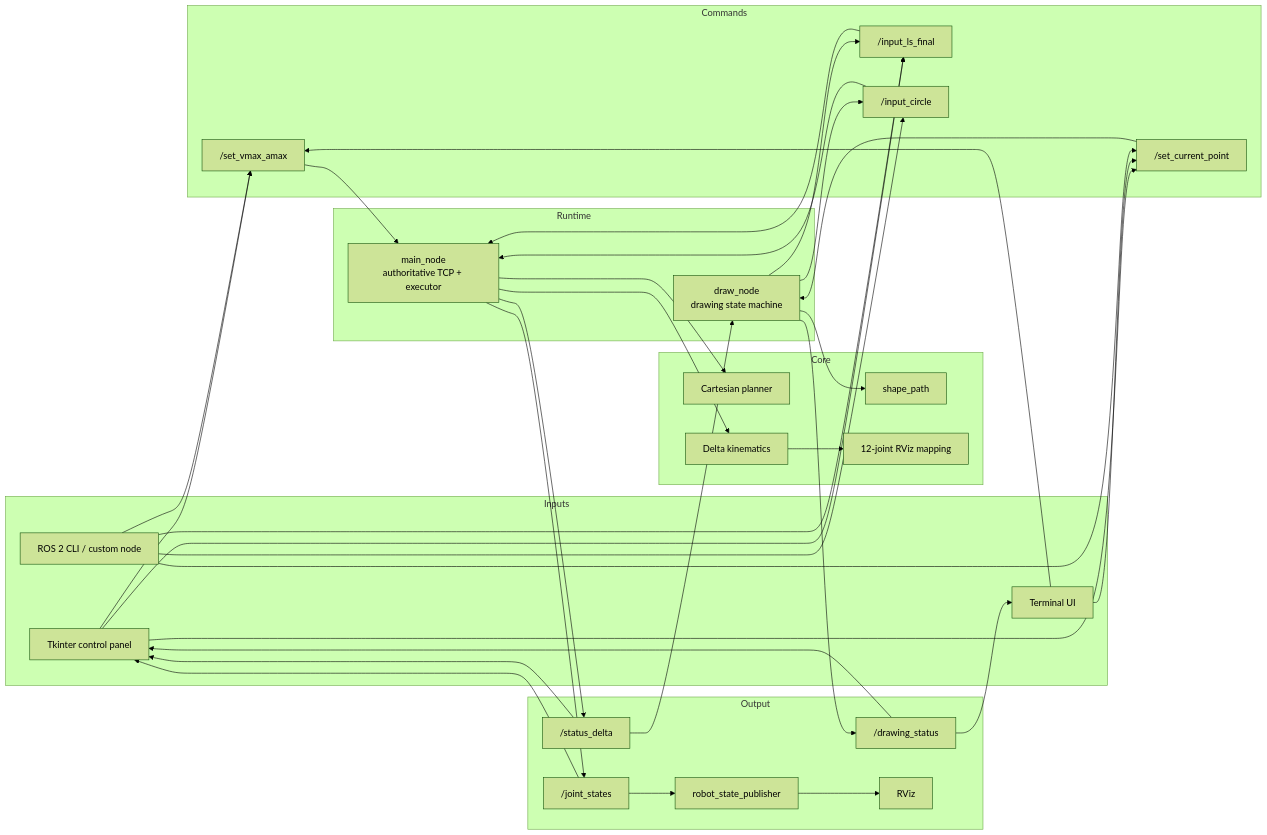
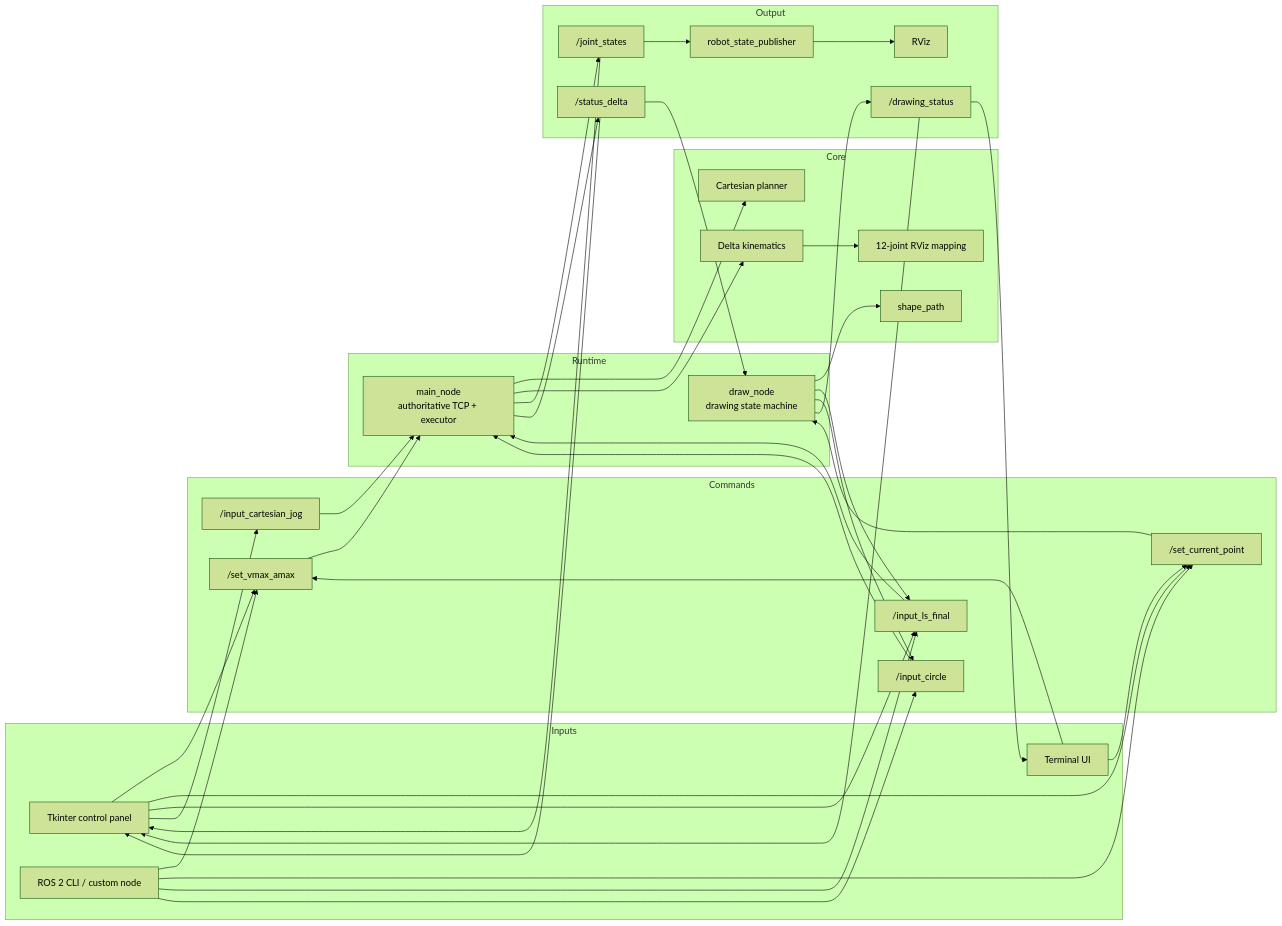
One commit to thanhduong8457/ROS changed the first of 5 diagrams in docs/software_architecture.md. Above: the diagram before and after it, drawn with Mermaid (forest theme). The commit also changed other lines of this file and 10 other files, not shown here.

First line of the commit message:
Add continuous Cartesian jog controls

````diff
--- a/docs/software_architecture.md
+++ b/docs/software_architecture.md
@@ -9,66 +9,69 @@
 ```mermaid
 flowchart LR
     subgraph Inputs
         GUI["Tkinter control panel"]
         TUI["Terminal UI"]
         CLI["ROS 2 CLI / custom node"]
     end
 
     subgraph Commands
         LIMITS["/set_vmax_amax"]
         SHAPE["/set_current_point"]
         LINE["/input_ls_final"]
+        JOG["/input_cartesian_jog"]
         CIRCLE["/input_circle"]
     end
 
     subgraph Runtime
         DRAW["draw_node<br/>drawing state machine"]
         MAIN["main_node<br/>authoritative TCP + executor"]
     end
 
     subgraph Core
         PATHS["shape_path"]
         PLANNER["Cartesian planner"]
         IK["Delta kinematics"]
         MAPPING["12-joint RViz mapping"]
     end
 
     subgraph Output
         JOINTS["/joint_states"]
         MOTION_STATUS["/status_delta"]
         DRAW_STATUS["/drawing_status"]
         RSP["robot_state_publisher"]
         RVIZ["RViz"]
     end
 
     GUI --> LIMITS
     GUI --> SHAPE
     GUI --> LINE
+    GUI --> JOG
     TUI --> LIMITS
     TUI --> SHAPE
     CLI --> LIMITS
     CLI --> SHAPE
     CLI --> LINE
     CLI --> CIRCLE
 
     SHAPE --> DRAW
     DRAW --> PATHS
     DRAW --> LINE
     DRAW --> CIRCLE
     LIMITS --> MAIN
     LINE --> MAIN
+    JOG --> MAIN
     CIRCLE --> MAIN
     MAIN --> PLANNER
     MAIN --> IK
     IK --> MAPPING
     MAIN --> JOINTS
     MAIN --> MOTION_STATUS
     MOTION_STATUS --> DRAW
     MOTION_STATUS --> GUI
     DRAW --> DRAW_STATUS
     DRAW_STATUS --> GUI
     DRAW_STATUS --> TUI
     JOINTS --> GUI
     JOINTS --> RSP
     RSP --> RVIZ
 ```
````
